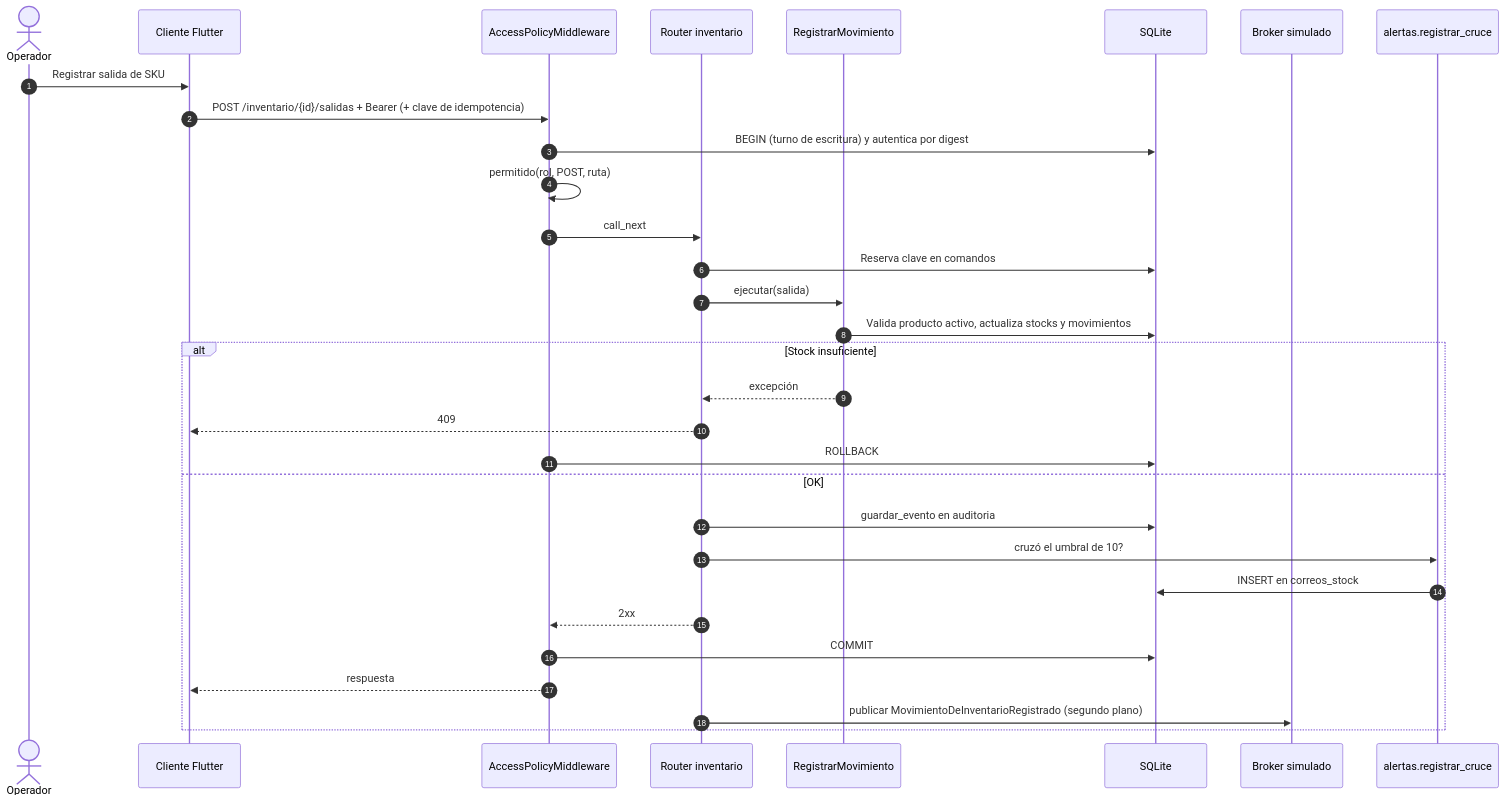
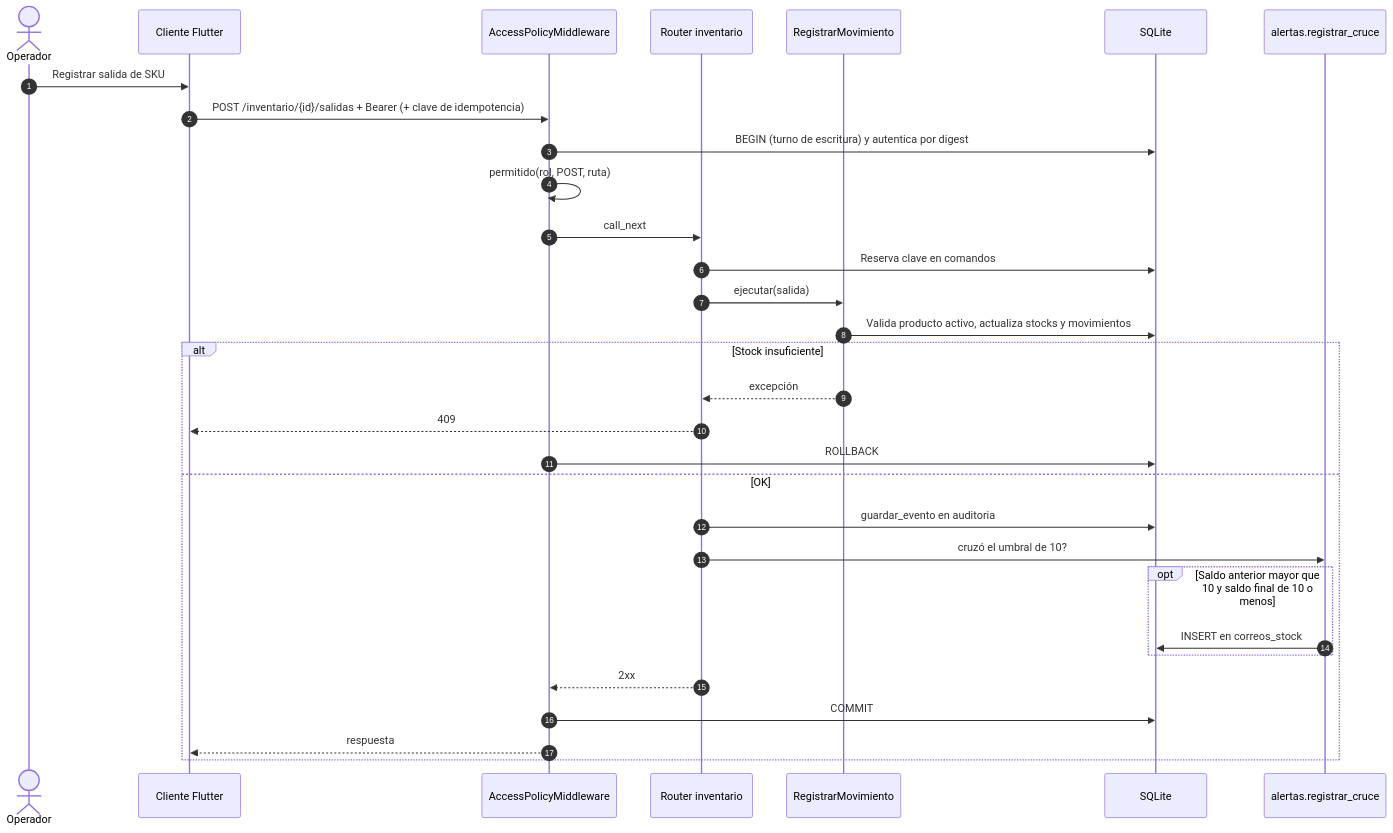
One commit to ISCOUTB/AS_202620_InvenTrack changed the first of 4 diagrams in c4-actual/05-flujos.md. Above: the diagram before and after it, drawn with Mermaid. The commit also changed 19 other files, not shown here.

````diff
--- a/c4-actual/05-flujos.md
+++ b/c4-actual/05-flujos.md
@@ -5,34 +5,34 @@
 ```mermaid
 sequenceDiagram
     autonumber
     actor Op as Operador
     participant App as Cliente Flutter
     participant Mw as AccessPolicyMiddleware
     participant R as Router inventario
     participant UC as RegistrarMovimiento
     participant DB as SQLite
-    participant Br as Broker simulado
     participant Al as alertas.registrar_cruce
 
     Op->>App: Registrar salida de SKU
     App->>Mw: POST /inventario/{id}/salidas + Bearer (+ clave de idempotencia)
     Mw->>DB: BEGIN (turno de escritura) y autentica por digest
     Mw->>Mw: permitido(rol, POST, ruta)
     Mw->>R: call_next
     R->>DB: Reserva clave en comandos
     R->>UC: ejecutar(salida)
     UC->>DB: Valida producto activo, actualiza stocks y movimientos
     alt Stock insuficiente
         UC-->>R: excepción
         R-->>App: 409
         Mw->>DB: ROLLBACK
     else OK
         R->>DB: guardar_evento en auditoria
         R->>Al: cruzó el umbral de 10?
-        Al->>DB: INSERT en correos_stock
+        opt Saldo anterior mayor que 10 y saldo final de 10 o menos
+            Al->>DB: INSERT en correos_stock
+        end
         R-->>Mw: 2xx
         Mw->>DB: COMMIT
         Mw-->>App: respuesta
-        R->>Br: publicar MovimientoDeInventarioRegistrado (segundo plano)
     end
 ```
````
